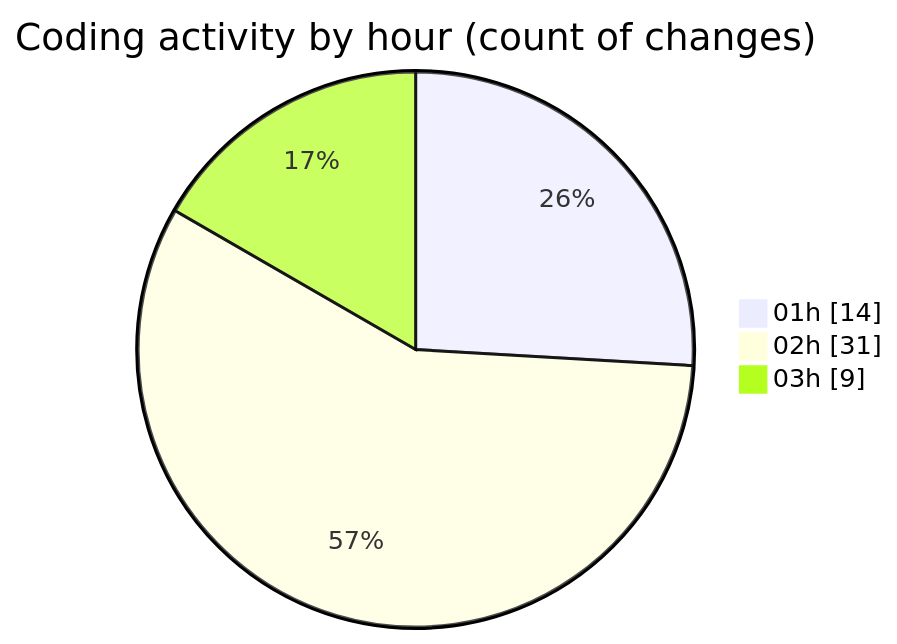
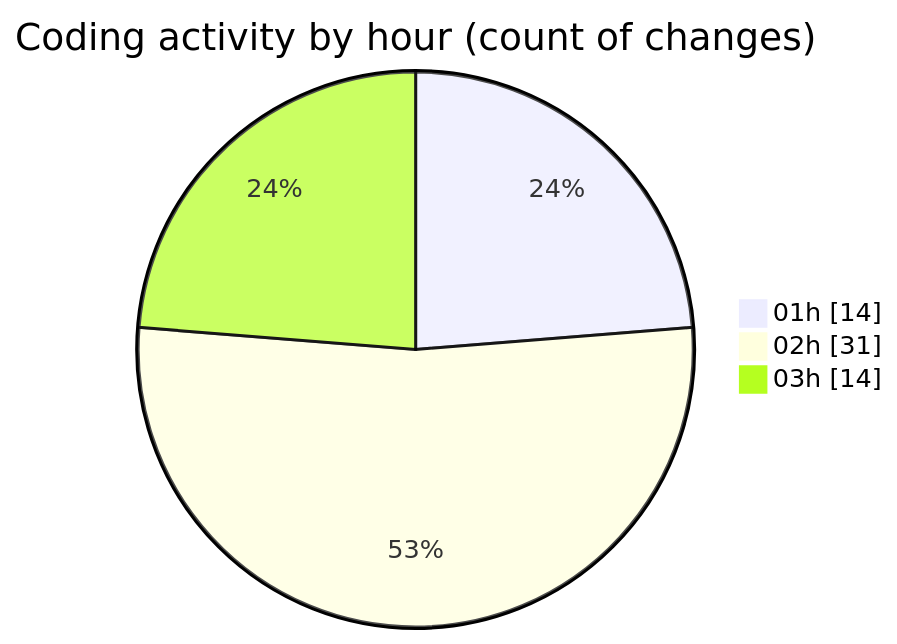
The second of 2 diagrams in 2025-07-13/telebot/README.md (jrari/code-tracking), drawn with Mermaid before and after one commit. The commit also changed other lines of this file and 1 other file, not shown here.

````diff
--- a/2025-07-13/telebot/README.md
+++ b/2025-07-13/telebot/README.md
@@ -55,7 +55,7 @@
 ```mermaid
 pie showData
 title Coding activity by hour (count of changes)
 "01h" : 14
 "02h" : 31
-"03h" : 9
+"03h" : 14
 ```
````
